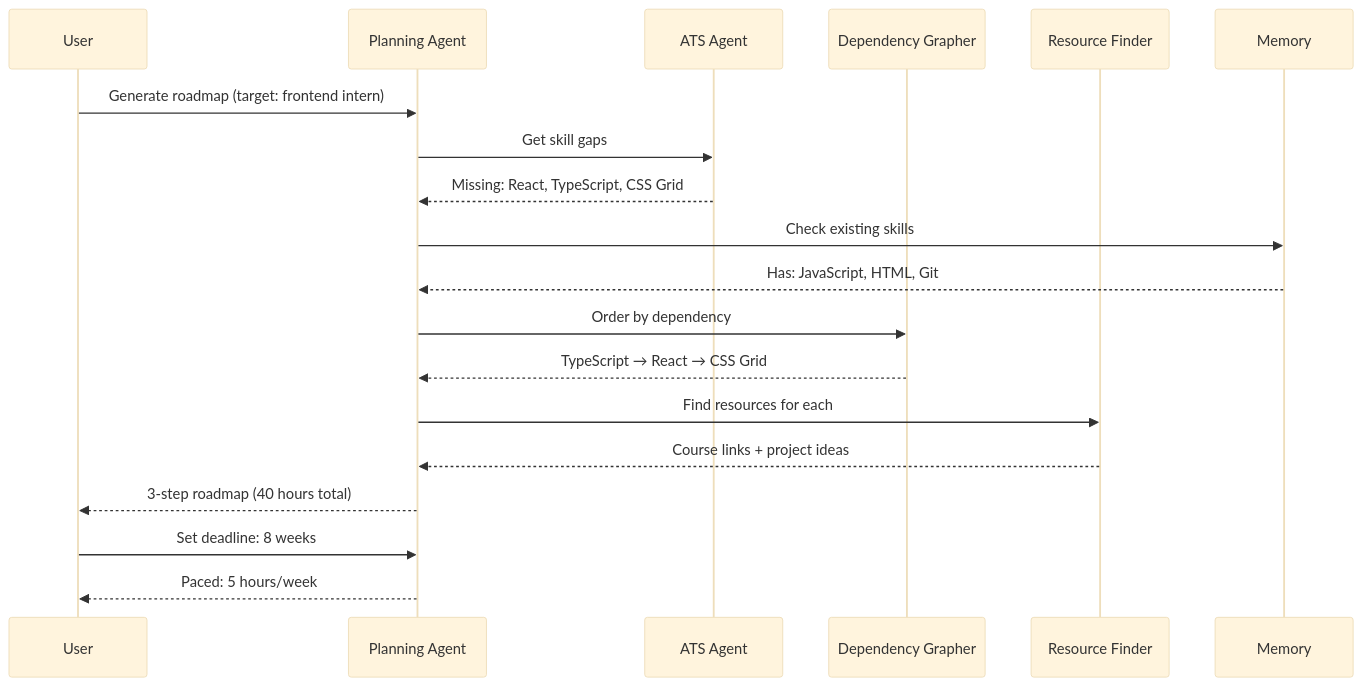
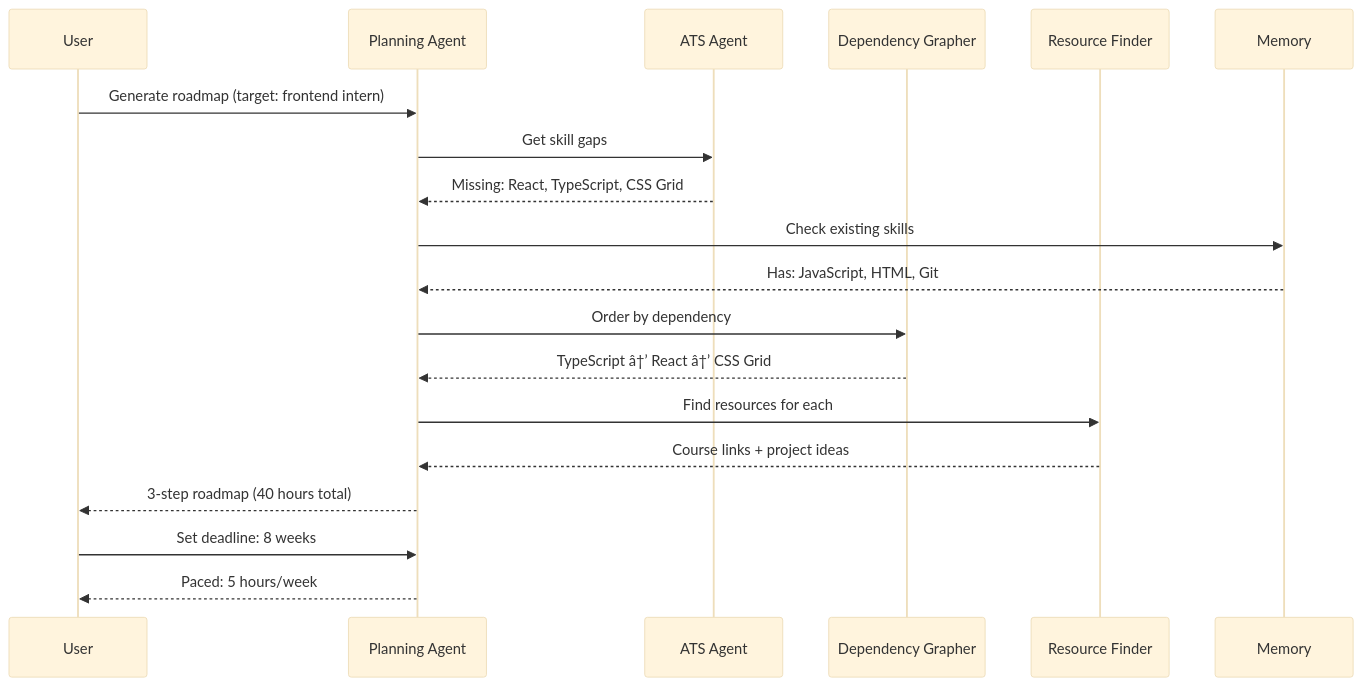
Before and after one commit to Driftloom/Vaeloom: the second of 2 diagrams in Docs/Product/Feature-Specs/Learning-Roadmap.md, drawn with Mermaid (base theme). The commit also changed other lines of this file and 249 other files, not shown here.

````diff
--- a/Docs/Product/Feature-Specs/Learning-Roadmap.md
+++ b/Docs/Product/Feature-Specs/Learning-Roadmap.md
@@ -197,22 +197,22 @@
 ```mermaid
 sequenceDiagram
     participant U as User
     participant PA as Planning Agent
     participant ATS as ATS Agent
     participant DG as Dependency Grapher
     participant RF as Resource Finder
     participant MEM as Memory
 
     U->>PA: Generate roadmap (target: frontend intern)
     PA->>ATS: Get skill gaps
     ATS-->>PA: Missing: React, TypeScript, CSS Grid
     PA->>MEM: Check existing skills
     MEM-->>PA: Has: JavaScript, HTML, Git
     PA->>DG: Order by dependency
-    DG-->>PA: TypeScript → React → CSS Grid
+    DG-->>PA: TypeScript â†’ React â†’ CSS Grid
     PA->>RF: Find resources for each
     RF-->>PA: Course links + project ideas
     PA-->>U: 3-step roadmap (40 hours total)
     U->>PA: Set deadline: 8 weeks
     PA-->>U: Paced: 5 hours/week
 ```
````
